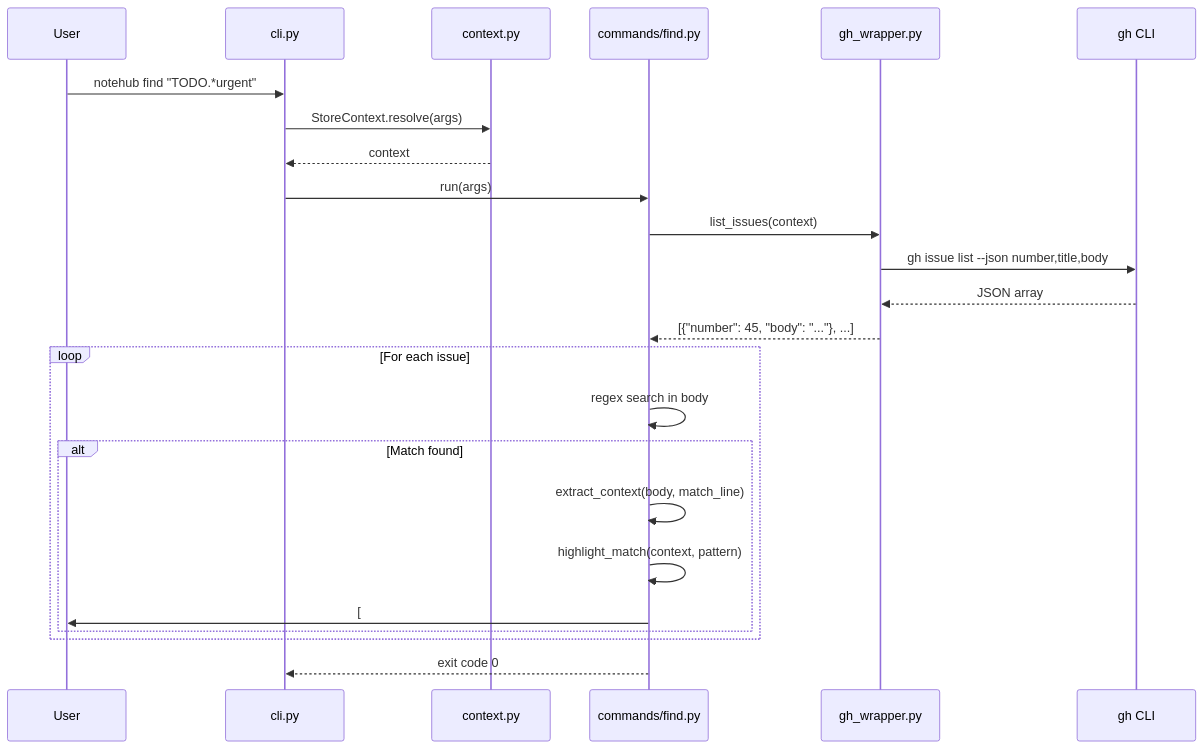
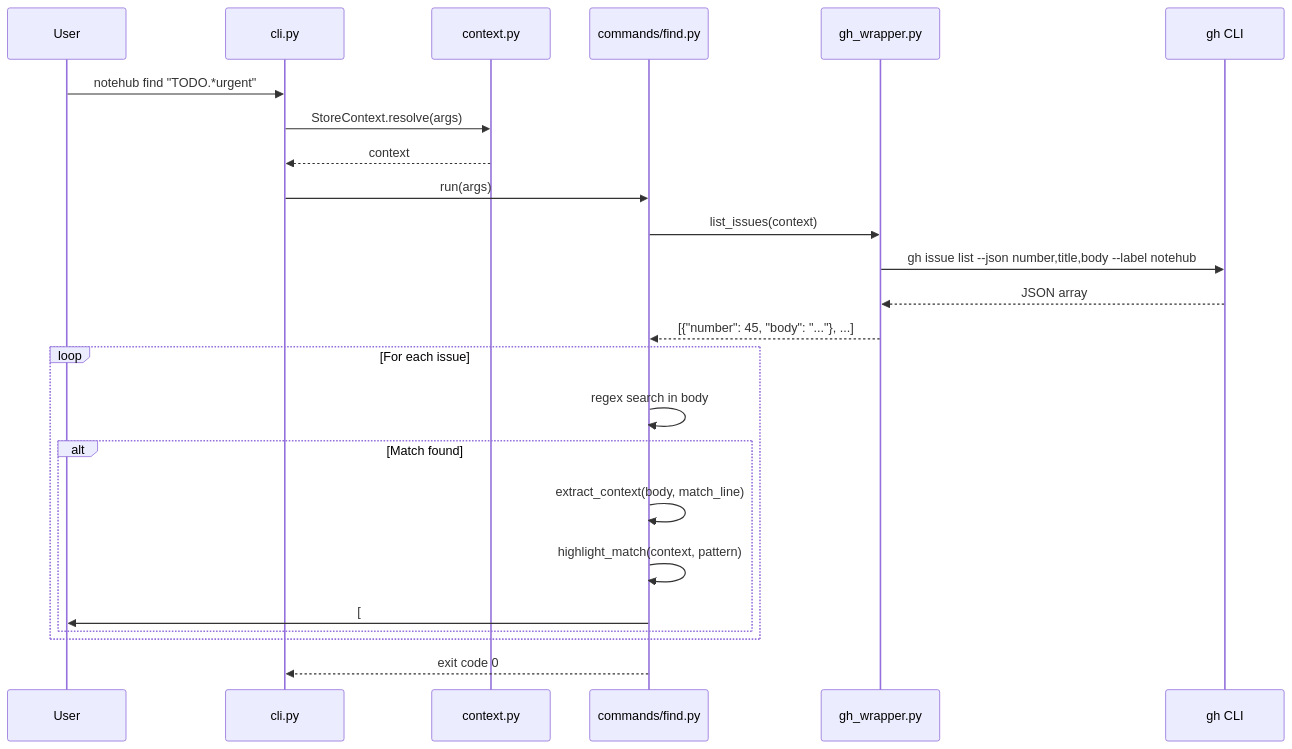
One commit to Stabledog/notehub changed the fifth of 5 diagrams in spec/design.md. Above: the diagram before and after it, drawn with Mermaid. The commit also changed other lines of this file and 2 other files, not shown here.

Commit message:
Add spec about using notehub label on issues

````diff
--- a/spec/design.md
+++ b/spec/design.md
@@ -382,27 +387,27 @@
 ```mermaid
 sequenceDiagram
     participant User
     participant CLI as cli.py
     participant Ctx as context.py
     participant Find as commands/find.py
     participant GH as gh_wrapper.py
     participant GH_CLI as gh CLI
     
     User->>CLI: notehub find "TODO.*urgent"
     CLI->>Ctx: StoreContext.resolve(args)
     Ctx-->>CLI: context
     CLI->>Find: run(args)
     Find->>GH: list_issues(context)
-    GH->>GH_CLI: gh issue list --json number,title,body
+    GH->>GH_CLI: gh issue list --json number,title,body --label notehub
     GH_CLI-->>GH: JSON array
     GH-->>Find: [{"number": 45, "body": "..."}, ...]
     loop For each issue
         Find->>Find: regex search in body
         alt Match found
             Find->>Find: extract_context(body, match_line)
             Find->>Find: highlight_match(context, pattern)
             Find->>User: [#45] Issue Title<br/>https://...<br/>[highlighted match context]
         end
     end
     Find-->>CLI: exit code 0
 ```
````
